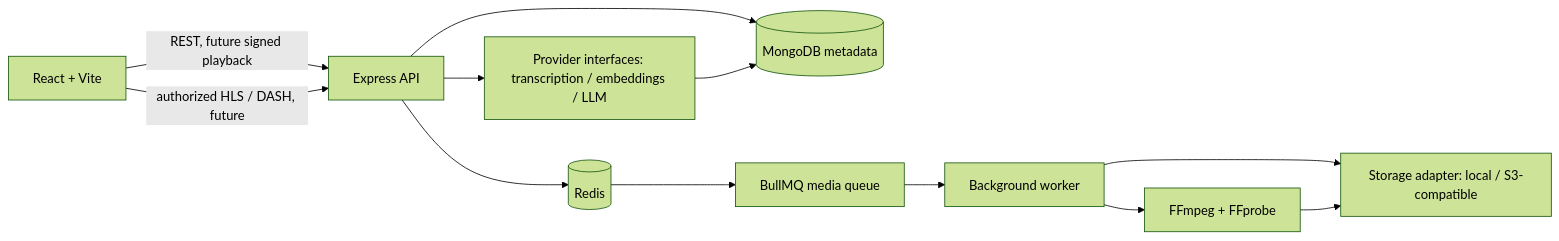
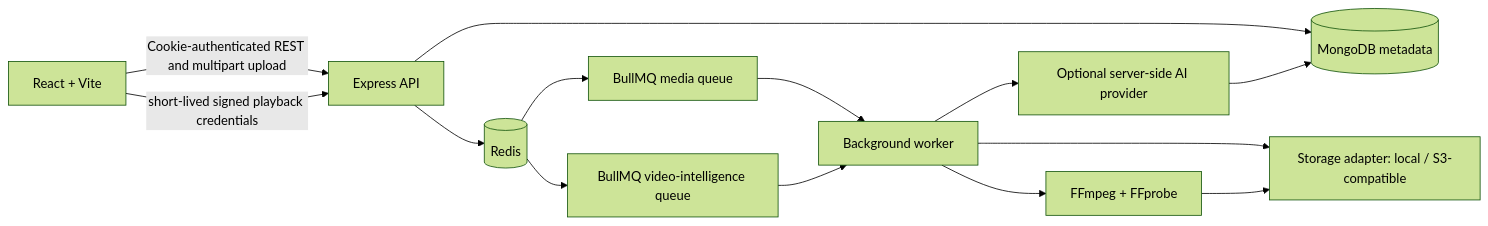
The diagram in README.md (prince891pawar/secure-intelligent-video-infrastructure), drawn with Mermaid (forest theme) before and after one commit. The commit also changed other lines of this file and 58 other files, not shown here.

````diff
--- a/README.md
+++ b/README.md
@@ -7,14 +7,16 @@
 ```mermaid
 flowchart LR
-  Browser[React + Vite] -->|REST, future signed playback| API[Express API]
+  Browser[React + Vite] -->|Cookie-authenticated REST and multipart upload| API[Express API]
   API --> Mongo[(MongoDB metadata)]
   API --> Redis[(Redis)]
   Redis --> Queue[BullMQ media queue]
+  Redis --> AIQueue[BullMQ video-intelligence queue]
   Queue --> Worker[Background worker]
+  AIQueue --> Worker
   Worker --> Storage[Storage adapter: local / S3-compatible]
   Worker --> Media[FFmpeg + FFprobe]
   Media --> Storage
-  Browser -->|authorized HLS / DASH, future| API
-  API --> AI[Provider interfaces: transcription / embeddings / LLM]
+  Browser -->|short-lived signed playback credentials| API
+  Worker --> AI[Optional server-side AI provider]
   AI --> Mongo
 ```
````
